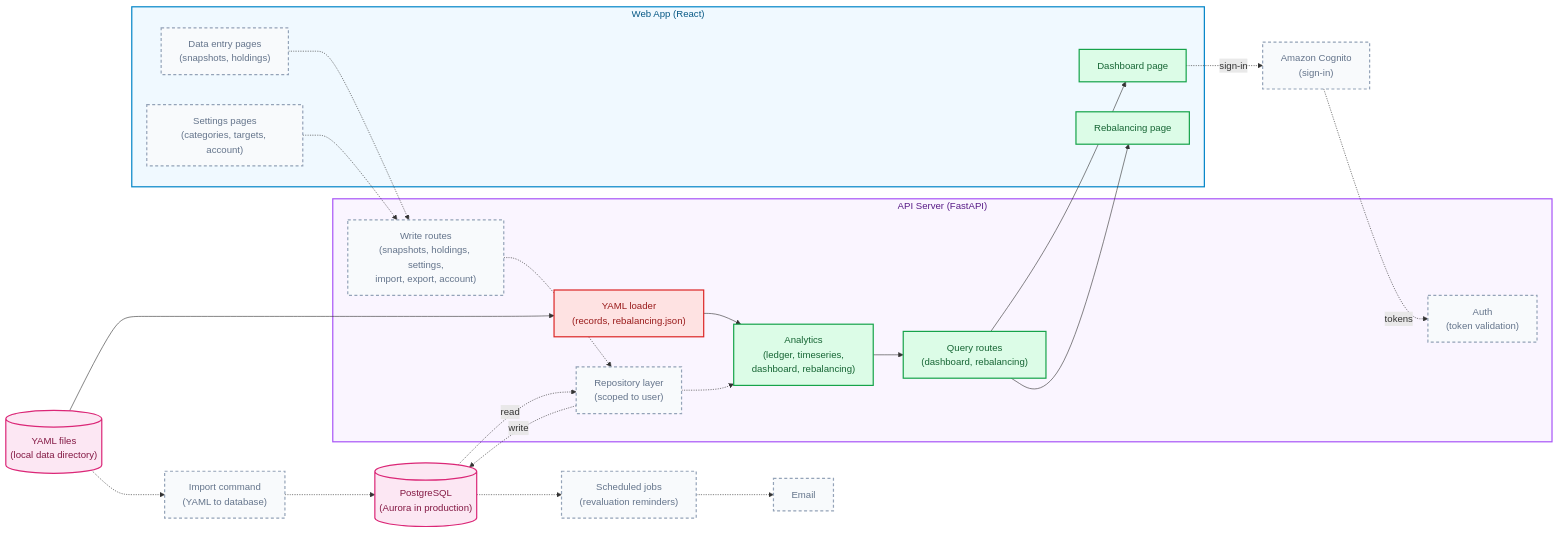
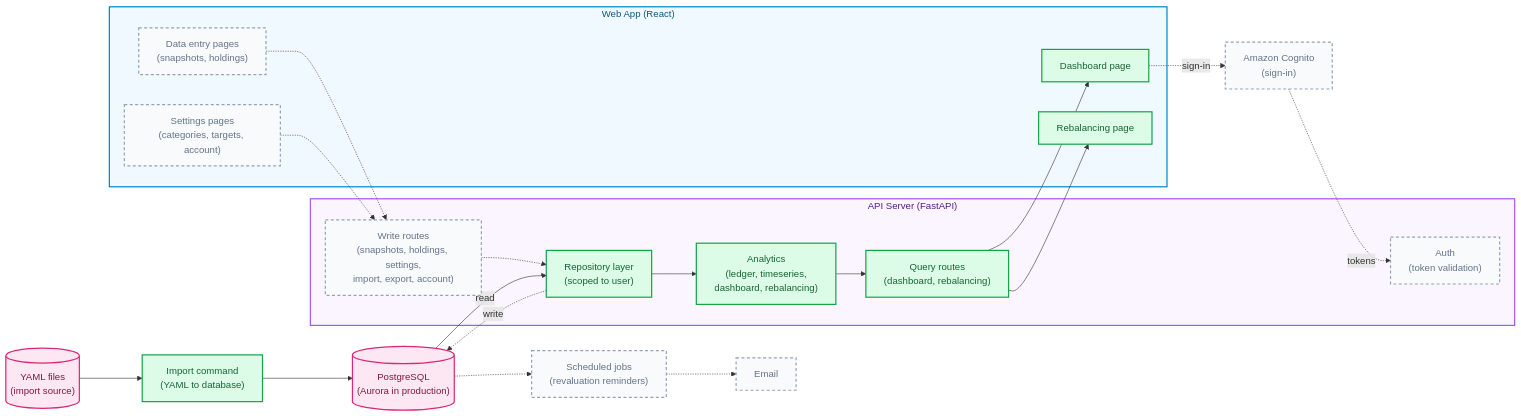
Before and after one commit to marcparaira/net-worth-dashboard: the first of 2 diagrams in docs/architecture/architecture.md, drawn with Mermaid. The commit also changed other lines of this file and 26 other files, not shown here.

````diff
--- a/docs/architecture/architecture.md
+++ b/docs/architecture/architecture.md
@@ -13,59 +13,54 @@
 ```mermaid
 flowchart LR
-    FILES[("YAML files<br/>(local data directory)")]
+    FILES[("YAML files<br/>(import source)")]
     DB[("PostgreSQL<br/>(Aurora in production)")]
     CLI["Import command<br/>(YAML to database)"]
     IDP["Amazon Cognito<br/>(sign-in)"]
     JOBS["Scheduled jobs<br/>(revaluation reminders)"]
     EMAIL["Email"]
 
     subgraph API["API Server (FastAPI)"]
-        A_YAML["YAML loader<br/>(records, rebalancing.json)"]
         A_REPO["Repository layer<br/>(scoped to user)"]
         A_ANALYTICS["Analytics<br/>(ledger, timeseries,<br/>dashboard, rebalancing)"]
         A_QUERY["Query routes<br/>(dashboard, rebalancing)"]
         A_CMD["Write routes<br/>(snapshots, holdings, settings,<br/>import, export, account)"]
         A_AUTH["Auth<br/>(token validation)"]
     end
 
     subgraph WEB["Web App (React)"]
         P_DASH["Dashboard page"]
         P_REB["Rebalancing page"]
         P_DATA["Data entry pages<br/>(snapshots, holdings)"]
         P_SET["Settings pages<br/>(categories, targets, account)"]
     end
 
-    FILES --> A_YAML
-    A_YAML --> A_ANALYTICS
     A_ANALYTICS --> A_QUERY
     A_QUERY --> P_DASH
     A_QUERY --> P_REB
 
-    DB -.->|read| A_REPO
-    A_REPO -.-> A_ANALYTICS
+    DB -->|read| A_REPO
+    A_REPO --> A_ANALYTICS
     P_DATA -.-> A_CMD
     P_SET -.-> A_CMD
     A_CMD -.-> A_REPO
     A_REPO -.->|write| DB
 
-    FILES -.-> CLI
-    CLI -.-> DB
+    FILES --> CLI
+    CLI --> DB
 
     P_DASH -.->|"sign-in"| IDP
     IDP -.->|tokens| A_AUTH
 
     DB -.-> JOBS
     JOBS -.-> EMAIL
 
     classDef done fill:#dcfce7,stroke:#16a34a,stroke-width:2px,color:#166534
     classDef planned fill:#f8fafc,stroke:#94a3b8,stroke-width:2px,stroke-dasharray:5 4,color:#64748b
-    classDef retiring fill:#fee2e2,stroke:#dc2626,stroke-width:2px,color:#991b1b
     classDef storage fill:#fce7f3,stroke:#db2777,stroke-width:2px,color:#831843
-    class A_ANALYTICS,A_QUERY,P_DASH,P_REB done
-    class A_REPO,A_CMD,A_AUTH,P_DATA,P_SET,CLI,JOBS,IDP,EMAIL planned
-    class A_YAML retiring
+    class A_ANALYTICS,A_QUERY,A_REPO,CLI,P_DASH,P_REB done
+    class A_CMD,A_AUTH,P_DATA,P_SET,JOBS,IDP,EMAIL planned
     class FILES,DB storage
 
     style API fill:#faf5ff,stroke:#a855f7,stroke-width:2px,color:#581c87
     style WEB fill:#f0f9ff,stroke:#0284c7,stroke-width:2px,color:#075985
 ```
````
